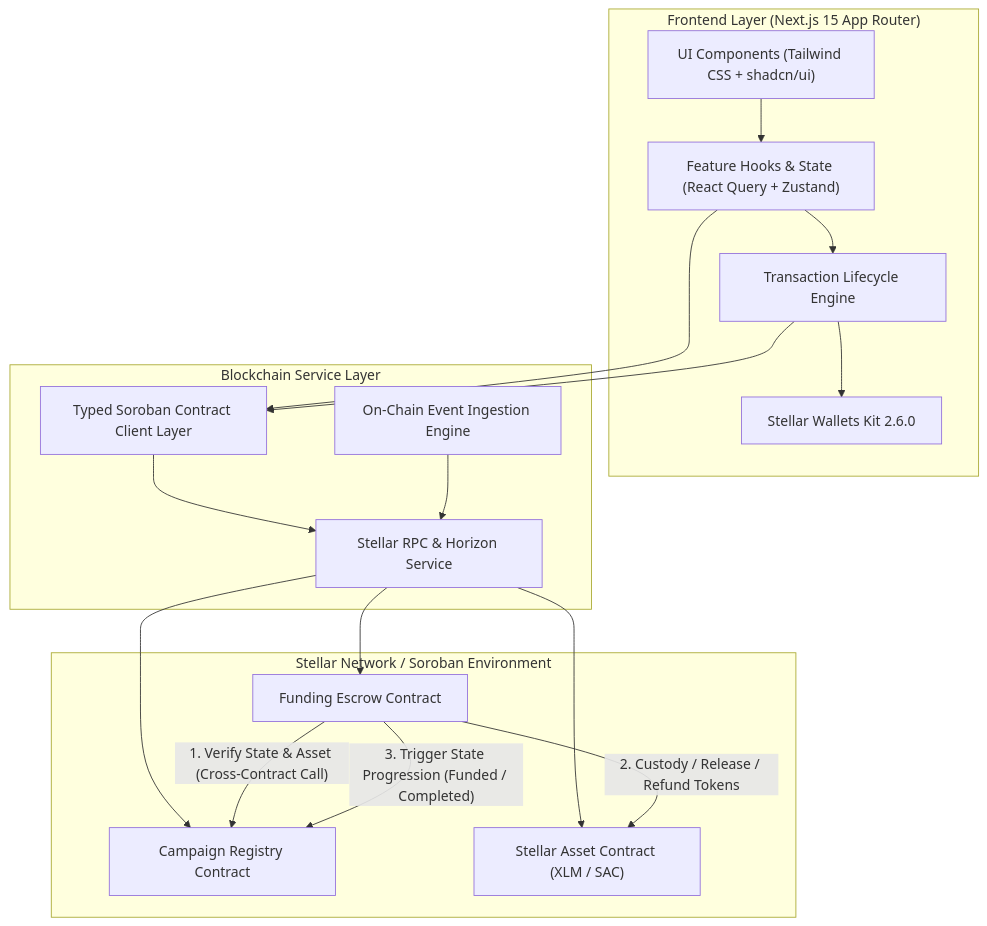
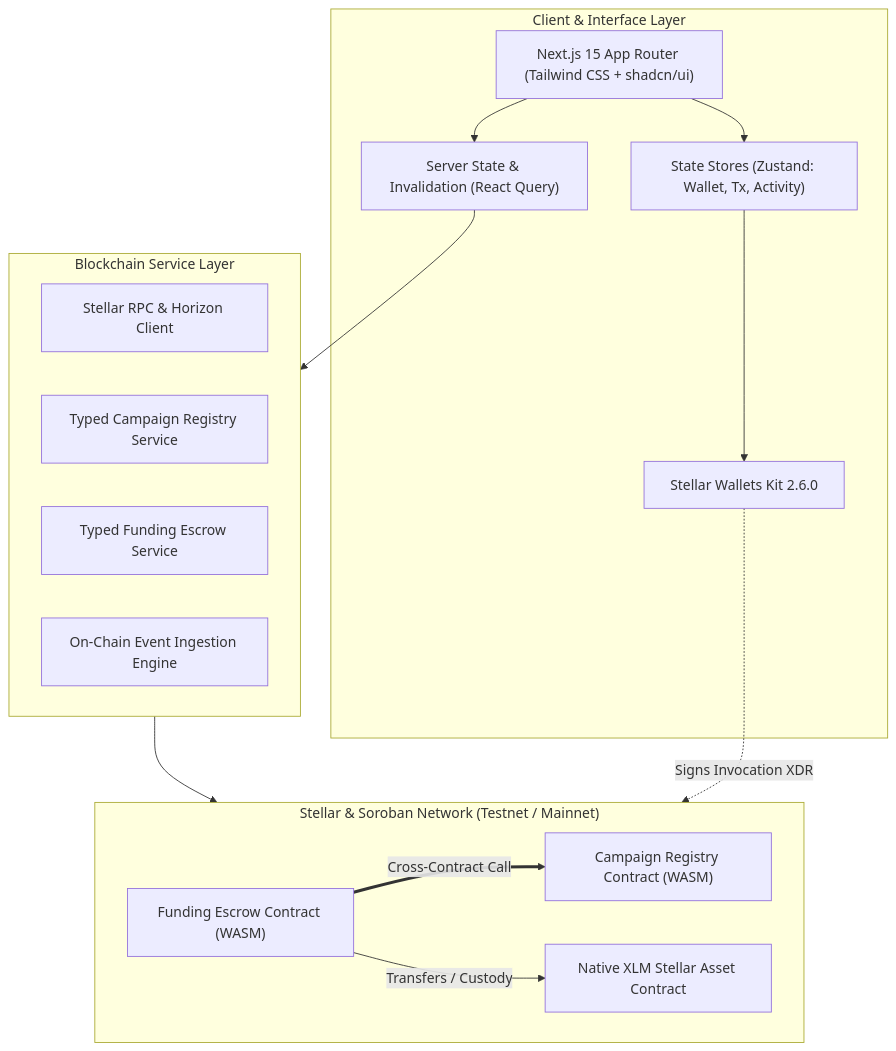
One commit to sanchayanghosh07/FundCircle changed the first of 3 diagrams in README.md. Above: the diagram before and after it, drawn with Mermaid. The commit also changed other lines of this file, not shown here.

````diff
--- a/README.md
+++ b/README.md
@@ -32,36 +56,31 @@
 ```mermaid
 graph TD
-    subgraph Frontend ["Frontend Layer (Next.js 15 App Router)"]
-        UI["UI Components (Tailwind CSS + shadcn/ui)"]
-        Hooks["Feature Hooks & State (React Query + Zustand)"]
-        TxLifecycle["Transaction Lifecycle Engine"]
-        WalletAdapter["Stellar Wallets Kit 2.6.0"]
+    subgraph ClientLayer ["Client & Interface Layer"]
+        UI["Next.js 15 App Router (Tailwind CSS + shadcn/ui)"]
+        Store["State Stores (Zustand: Wallet, Tx, Activity)"]
+        ReactQuery["Server State & Invalidation (React Query)"]
+        WalletsKit["Stellar Wallets Kit 2.6.0"]
     end
 
     subgraph ServiceLayer ["Blockchain Service Layer"]
-        RPCClient["Stellar RPC & Horizon Service"]
-        ContractClient["Typed Soroban Contract Client Layer"]
-        EventIngestion["On-Chain Event Ingestion Engine"]
+        RPCClient["Stellar RPC & Horizon Client"]
+        RegistryService["Typed Campaign Registry Service"]
+        EscrowService["Typed Funding Escrow Service"]
+        EventService["On-Chain Event Ingestion Engine"]
     end
 
-    subgraph StellarNetwork ["Stellar Network / Soroban Environment"]
-        RegistryContract["Campaign Registry Contract"]
-        EscrowContract["Funding Escrow Contract"]
-        SAC["Stellar Asset Contract (XLM / SAC)"]
+    subgraph StellarLedger ["Stellar & Soroban Network (Testnet / Mainnet)"]
+        EscrowContract["Funding Escrow Contract (WASM)"]
+        RegistryContract["Campaign Registry Contract (WASM)"]
+        SAC["Native XLM Stellar Asset Contract"]
     end
 
-    UI --> Hooks
-    Hooks --> TxLifecycle
-    Hooks --> ContractClient
-    TxLifecycle --> WalletAdapter
-    TxLifecycle --> ContractClient
-    ContractClient --> RPCClient
-    EventIngestion --> RPCClient
-    RPCClient --> RegistryContract
-    RPCClient --> EscrowContract
-    RPCClient --> SAC
-
-    EscrowContract -- "1. Verify State & Asset (Cross-Contract Call)" --> RegistryContract
-    EscrowContract -- "2. Custody / Release / Refund Tokens" --> SAC
-    EscrowContract -- "3. Trigger State Progression (Funded / Completed)" --> RegistryContract
+    UI --> Store
+    UI --> ReactQuery
+    Store --> WalletsKit
+    ReactQuery --> ServiceLayer
+    ServiceLayer --> StellarLedger
+    WalletsKit -.->|"Signs Invocation XDR"| StellarLedger
+    EscrowContract ==>|"Cross-Contract Call"| RegistryContract
+    EscrowContract -->|"Transfers / Custody"| SAC
 ```
````
